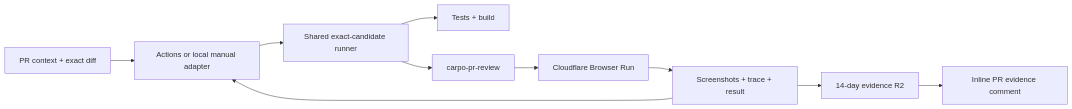
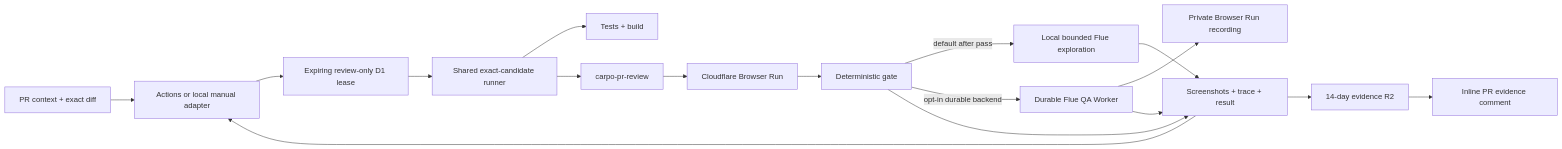
One commit to dayhaysoos/carpo changed the diagram in docs/research/cloudflare-release-verification-harness.md. Above: the diagram before and after it, drawn with Mermaid. The commit also changed other lines of this file and 54 other files, not shown here.

First line of the commit message:
feat: add agentic PR browser review (#9)

````diff
--- a/docs/research/cloudflare-release-verification-harness.md
+++ b/docs/research/cloudflare-release-verification-harness.md
@@ -22,12 +34,19 @@
 ```mermaid
 flowchart LR
     PR[PR context + exact diff] --> TRIGGER[Actions or local manual adapter]
-    TRIGGER --> RUNNER[Shared exact-candidate runner]
+    TRIGGER --> LEASE[Expiring review-only D1 lease]
+    LEASE --> RUNNER[Shared exact-candidate runner]
     RUNNER --> CHECKS[Tests + build]
     RUNNER --> DEPLOY[carpo-pr-review]
     DEPLOY --> CF[Cloudflare Browser Run]
-    CF --> EVIDENCE[Screenshots + trace + result]
+    CF --> GATE[Deterministic gate]
+    GATE -->|default after pass| FLUE[Local bounded Flue exploration]
+    GATE -->|opt-in durable backend| SERVICE[Durable Flue QA Worker]
+    SERVICE --> RECORDING[Private Browser Run recording]
+    GATE --> EVIDENCE[Screenshots + trace + result]
+    FLUE --> EVIDENCE
+    SERVICE --> EVIDENCE
     EVIDENCE --> R2[14-day evidence R2]
     R2 --> COMMENT[Inline PR evidence comment]
     EVIDENCE --> TRIGGER
 ```
````
